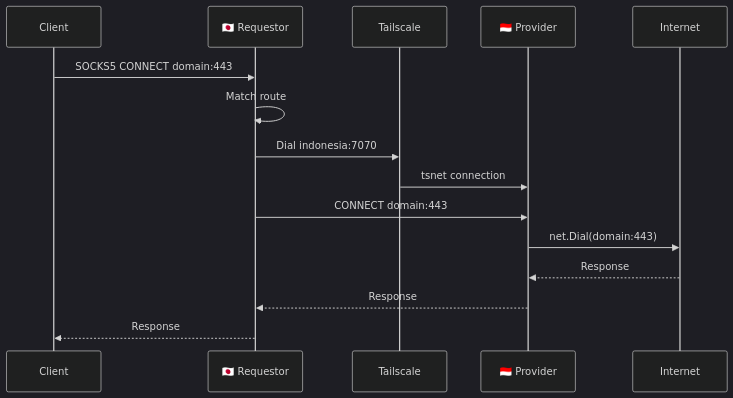
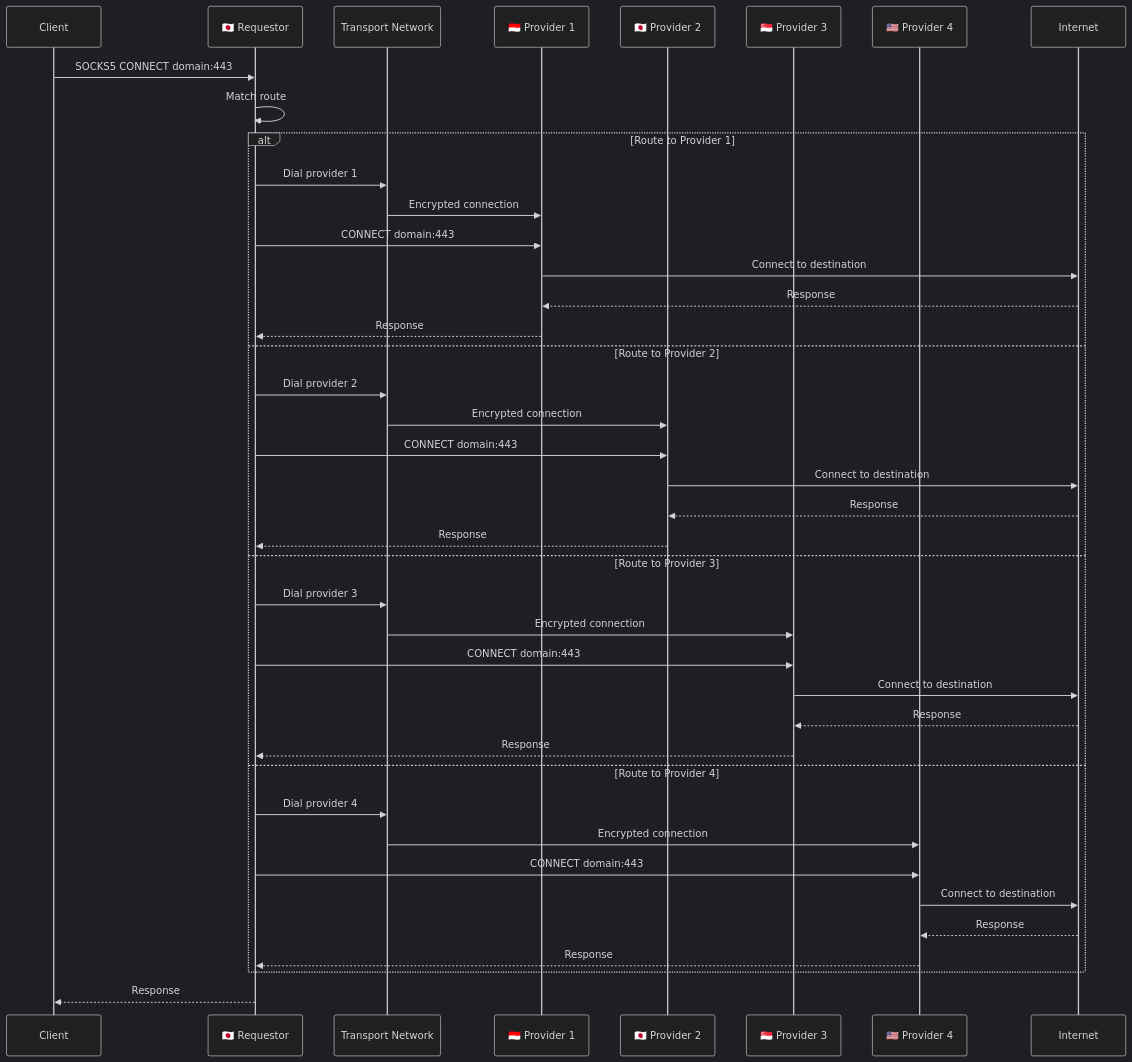
The third of 4 diagrams in README.md (Aldiwildan77/tunny), drawn with Mermaid (dark theme) before and after one commit. The commit also changed other lines of this file, not shown here.

Commit message:
docs: update network topology example about the tunny nodes

````diff
--- a/README.md
+++ b/README.md
@@ -174,18 +174,44 @@
 ```mermaid
 sequenceDiagram
     participant C as Client
     participant R as 🇯🇵 Requestor
-    participant T as Tailscale
-    participant P as 🇮🇩 Provider
+    participant T as Transport Network
+    participant P1 as 🇮🇩 Provider 1
+    participant P2 as 🇯🇵 Provider 2
+    participant P3 as 🇸🇬 Provider 3
+    participant P4 as 🇺🇸 Provider 4
     participant I as Internet
 
     C->>R: SOCKS5 CONNECT domain:443
     R->>R: Match route
-    R->>T: Dial indonesia:7070
-    T->>P: tsnet connection
-    R->>P: CONNECT domain:443
-    P->>I: net.Dial(domain:443)
-    I-->>P: Response
-    P-->>R: Response
+    alt Route to Provider 1
+        R->>T: Dial provider 1
+        T->>P1: Encrypted connection
+        R->>P1: CONNECT domain:443
+        P1->>I: Connect to destination
+        I-->>P1: Response
+        P1-->>R: Response
+    else Route to Provider 2
+        R->>T: Dial provider 2
+        T->>P2: Encrypted connection
+        R->>P2: CONNECT domain:443
+        P2->>I: Connect to destination
+        I-->>P2: Response
+        P2-->>R: Response
+    else Route to Provider 3
+        R->>T: Dial provider 3
+        T->>P3: Encrypted connection
+        R->>P3: CONNECT domain:443
+        P3->>I: Connect to destination
+        I-->>P3: Response
+        P3-->>R: Response
+    else Route to Provider 4
+        R->>T: Dial provider 4
+        T->>P4: Encrypted connection
+        R->>P4: CONNECT domain:443
+        P4->>I: Connect to destination
+        I-->>P4: Response
+        P4-->>R: Response
+    end
     R-->>C: Response
 ```
````
